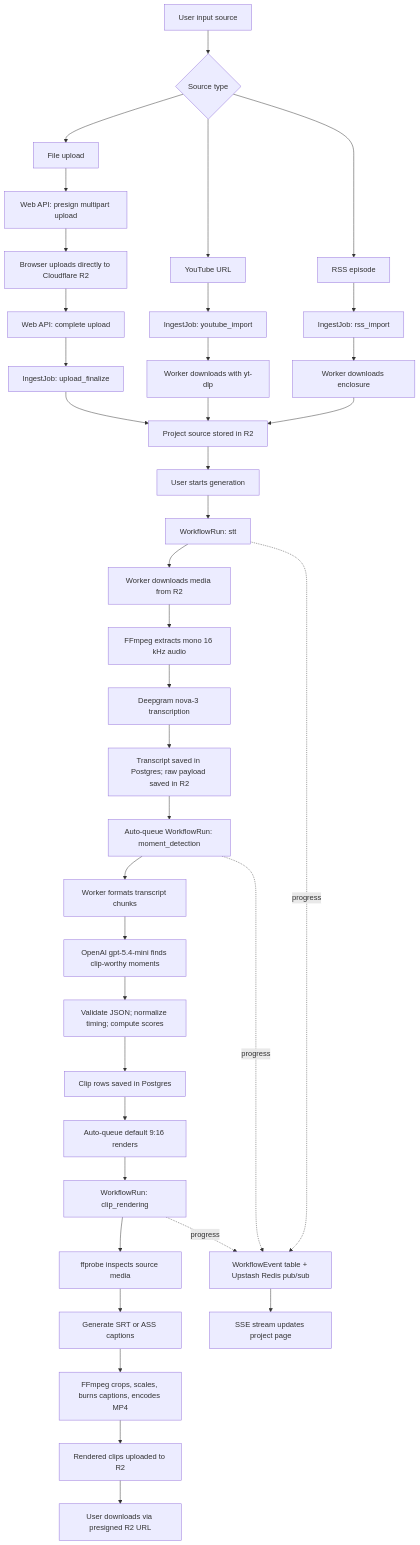
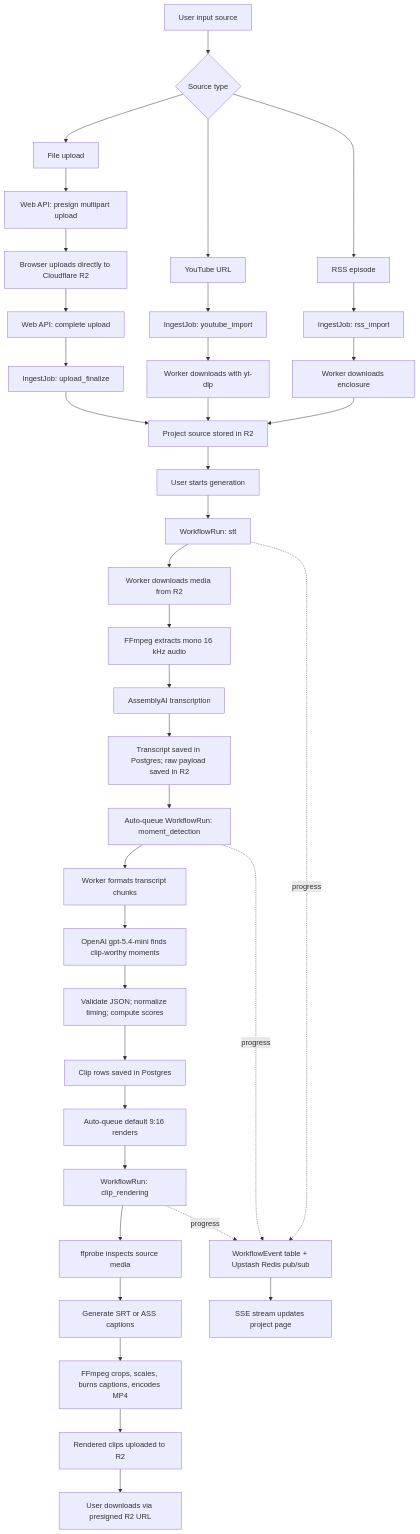
One commit to murtaza-ch/narriflow changed the diagram in README.md. Above: the diagram before and after it, drawn with Mermaid. The commit also changed other lines of this file and 16 other files, not shown here.

Commit message:
Replace Deepgram with AssemblyAI STT

````diff
--- a/README.md
+++ b/README.md
@@ -46,46 +46,46 @@
 ```mermaid
 flowchart TD
   A["User input source"] --> B{"Source type"}
   B --> C["File upload"]
   B --> D["YouTube URL"]
   B --> E["RSS episode"]
 
   C --> F["Web API: presign multipart upload"]
   F --> G["Browser uploads directly to Cloudflare R2"]
   G --> H["Web API: complete upload"]
   H --> I["IngestJob: upload_finalize"]
 
   D --> J["IngestJob: youtube_import"]
   J --> K["Worker downloads with yt-dlp"]
   E --> L["IngestJob: rss_import"]
   L --> M["Worker downloads enclosure"]
 
   I --> N["Project source stored in R2"]
   K --> N
   M --> N
 
   N --> O["User starts generation"]
   O --> P["WorkflowRun: stt"]
   P --> Q["Worker downloads media from R2"]
   Q --> R["FFmpeg extracts mono 16 kHz audio"]
-  R --> S["Deepgram nova-3 transcription"]
+  R --> S["AssemblyAI transcription"]
   S --> T["Transcript saved in Postgres; raw payload saved in R2"]
 
   T --> U["Auto-queue WorkflowRun: moment_detection"]
   U --> V["Worker formats transcript chunks"]
   V --> W["OpenAI gpt-5.4-mini finds clip-worthy moments"]
   W --> X["Validate JSON; normalize timing; compute scores"]
   X --> Y["Clip rows saved in Postgres"]
   Y --> Z["Auto-queue default 9:16 renders"]
   Z --> AA["WorkflowRun: clip_rendering"]
   AA --> AB["ffprobe inspects source media"]
   AB --> AC["Generate SRT or ASS captions"]
   AC --> AD["FFmpeg crops, scales, burns captions, encodes MP4"]
   AD --> AE["Rendered clips uploaded to R2"]
   AE --> AF["User downloads via presigned R2 URL"]
 
   P -.progress.-> GG["WorkflowEvent table + Upstash Redis pub/sub"]
   U -.progress.-> GG
   AA -.progress.-> GG
   GG --> HH["SSE stream updates project page"]
 ```
````
